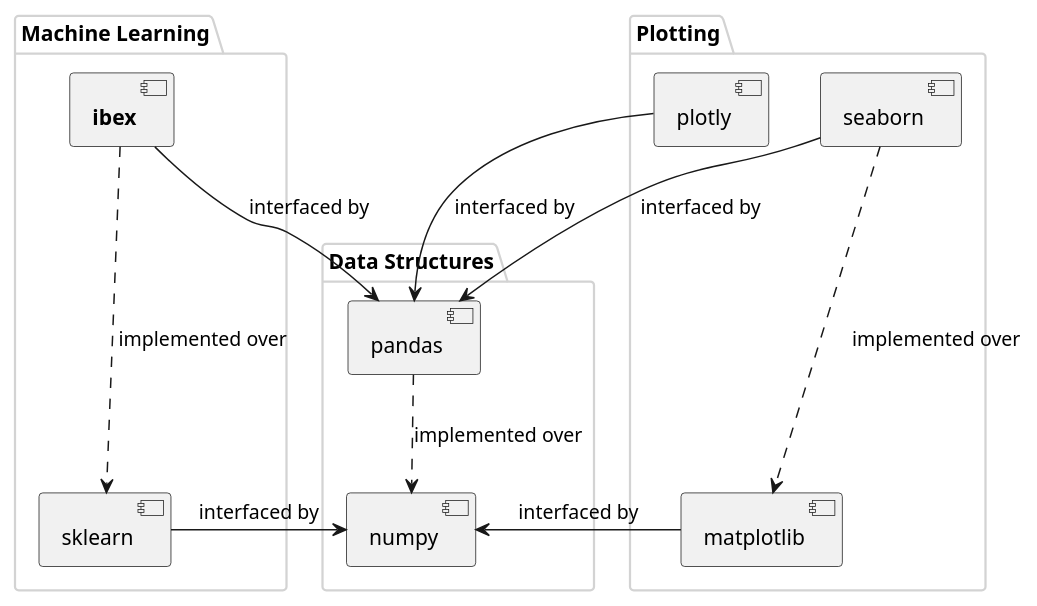
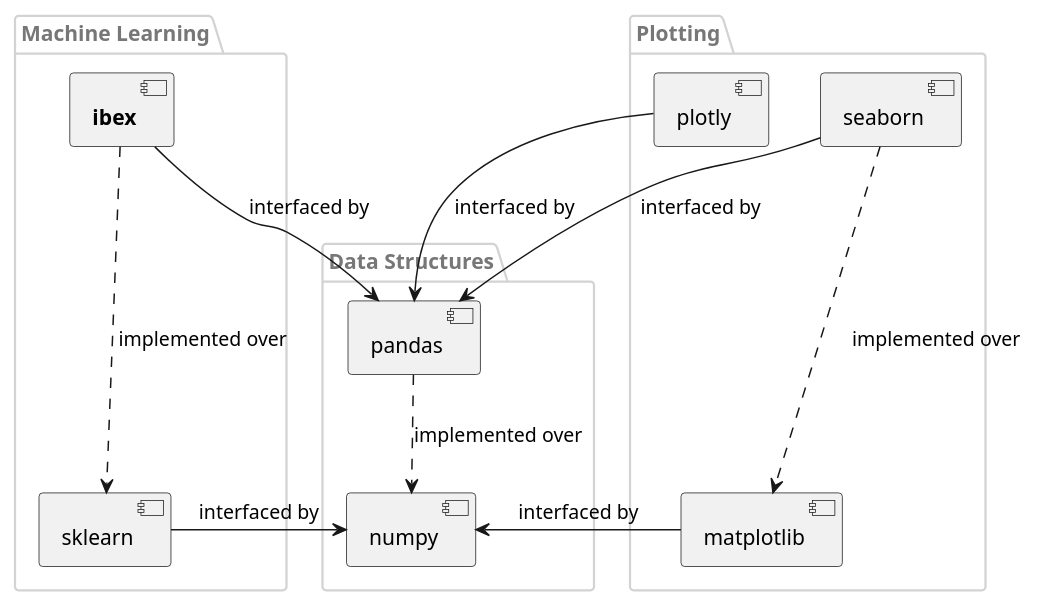
The diagram in docs/source/overview.rst (atavory/ibex), drawn with PlantUML before and after one commit. The commit also changed 1 other file, not shown here.

Commit message:
added nbs to uts

```diff
--- a/docs/source/overview.rst
+++ b/docs/source/overview.rst
@@ -10,31 +10,35 @@
 .. uml::
     :caption: Relation of Ibex to some other packages in the scientific python stack.
 
     skinparam monochrome true
-    skinparam packageBorderColor lightgrey
     skinparam shadowing false
+
+    skinparam package {
+        FontColor #777777
+        BorderColor lightgrey
+    }
 
     package "Plotting" {
         [seaborn]
         [plotly]
         [matplotlib]
     }
 
     package "Machine Learning" {
         [sklearn]
         [**ibex**]
     }
 
     package "Data Structures" {
         [numpy]
         [pandas]
     }
 
     [sklearn] -> [numpy] : interfaced by
     [matplotlib] -> [numpy] : interfaced by
     [pandas] ..> [numpy] : implemented over
     [seaborn] -> [pandas] : interfaced by
     [plotly] -> [pandas] : interfaced by
     [seaborn] ..-> [matplotlib] : implemented over
     [**ibex**] -> [pandas] : interfaced by
     [**ibex**] ..-> [sklearn] : implemented over
```
